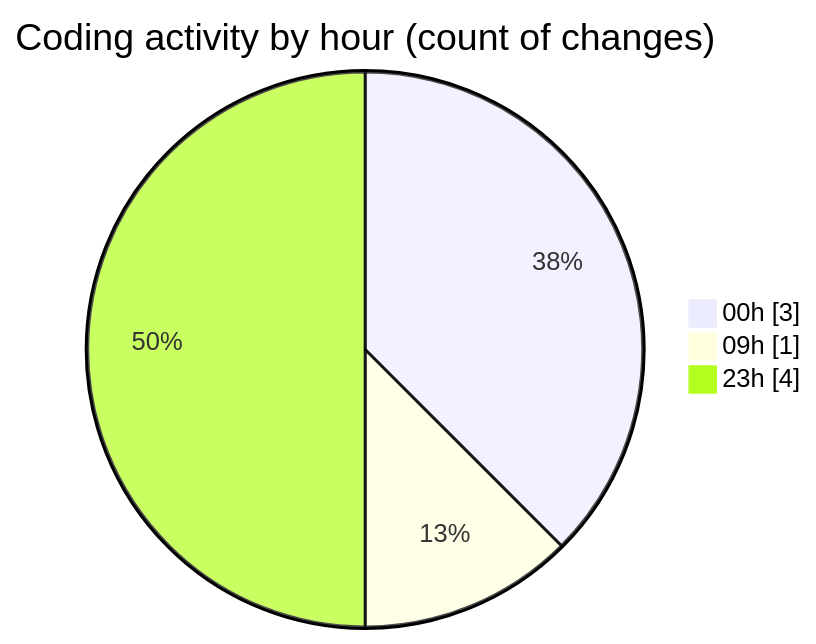
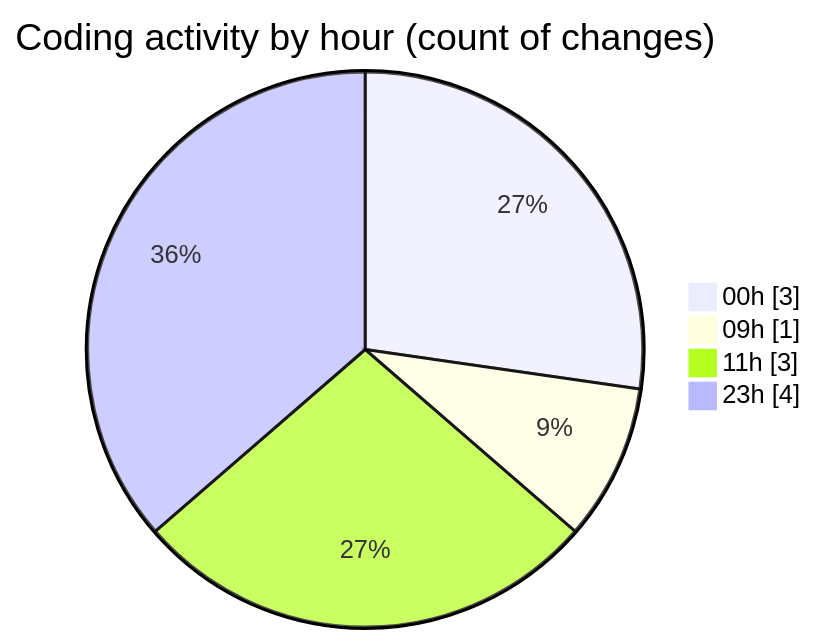
The second of 2 diagrams in 2025-05-16/niten/README.md (Elitesun/code-tracking), drawn with Mermaid before and after one commit. The commit also changed other lines of this file and 1 other file, not shown here.

````diff
--- a/2025-05-16/niten/README.md
+++ b/2025-05-16/niten/README.md
@@ -33,7 +37,8 @@
 ```mermaid
 pie showData
 title Coding activity by hour (count of changes)
 "00h" : 3
 "09h" : 1
+"11h" : 3
 "23h" : 4
 ```
````
